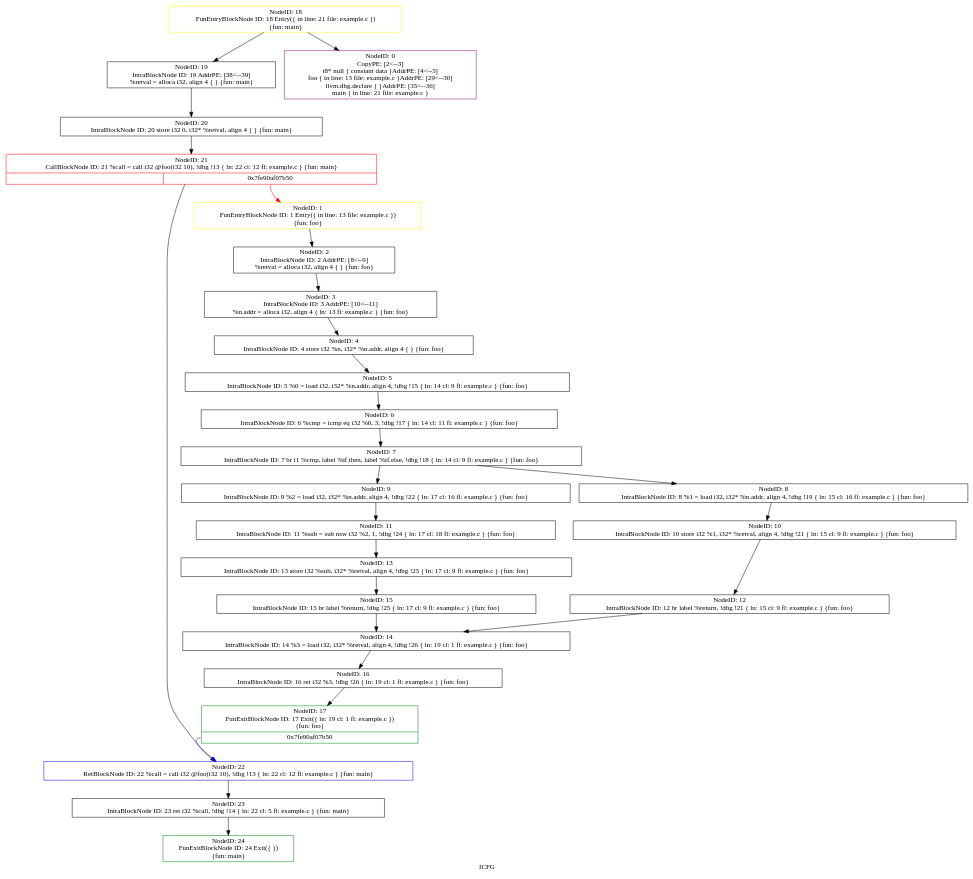
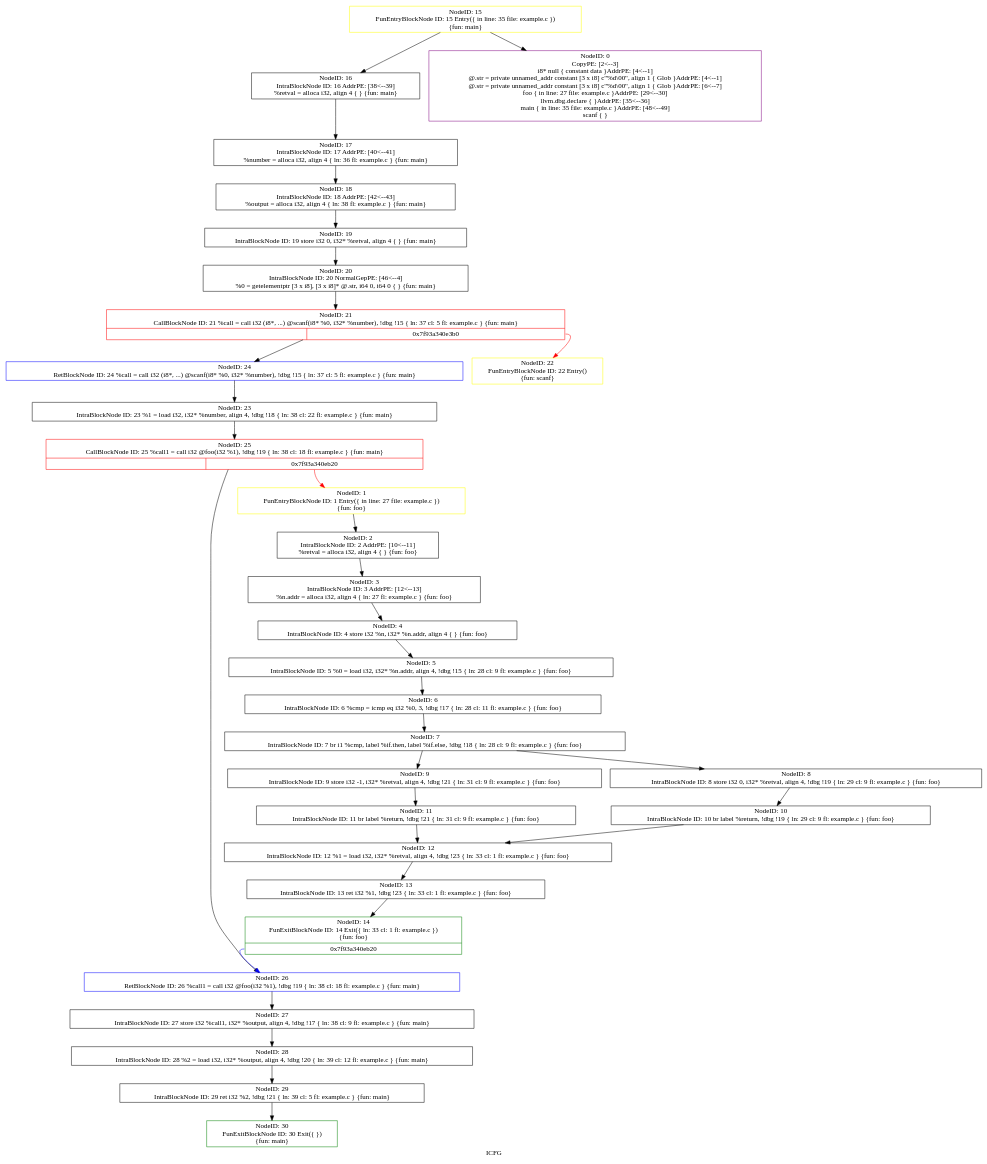
Before and after one commit to triciadang/symbolicexecutionsvf: the diagram in icfg.dot, drawn with Graphviz. The commit also changed 8 other files, not shown here.

Commit message:
constraints in file, i did load, alloca, compare

```diff
--- a/icfg.dot
+++ b/icfg.dot
@@ -1,55 +1,67 @@
 digraph "ICFG" {
 	label="ICFG";
 
-	Node0x7fe90af10fe0 [shape=record,color=green,label="{NodeID: 24\nFunExitBlockNode ID: 24 Exit(\{  \})\n \{fun: main\}}"];
-	Node0x7fe90af120e0 [shape=record,color=black,label="{NodeID: 23\nIntraBlockNode ID: 23      ret i32 %call, !dbg !14 \{ ln: 22  cl: 5  fl: example.c \}    \{fun: main\}}"];
-	Node0x7fe90af120e0 -> Node0x7fe90af10fe0[style=solid];
-	Node0x7fe90af11ef0 [shape=record,color=blue,label="{NodeID: 22\nRetBlockNode ID: 22   %call = call i32 @foo(i32 10), !dbg !13 \{ ln: 22  cl: 12  fl: example.c \} \{fun: main\}}"];
-	Node0x7fe90af11ef0 -> Node0x7fe90af120e0[style=solid];
-	Node0x7fe90af11db0 [shape=record,color=red,label="{NodeID: 21\nCallBlockNode ID: 21   %call = call i32 @foo(i32 10), !dbg !13 \{ ln: 22  cl: 12  fl: example.c \} \{fun: main\}|{|<s1>0x7fe90af07b50}}"];
-	Node0x7fe90af11db0 -> Node0x7fe90af11ef0[style=solid];
-	Node0x7fe90af11db0:s1 -> Node0x7fe90af04e30[style=solid,color=red];
-	Node0x7fe90af11c90 [shape=record,color=black,label="{NodeID: 20\nIntraBlockNode ID: 20      store i32 0, i32* %retval, align 4 \{  \}    \{fun: main\}}"];
-	Node0x7fe90af11c90 -> Node0x7fe90af11db0[style=solid];
-	Node0x7fe90af11620 [shape=record,color=black,label="{NodeID: 19\nIntraBlockNode ID: 19   AddrPE: [38\<--39]  \n   %retval = alloca i32, align 4 \{  \} \{fun: main\}}"];
-	Node0x7fe90af11620 -> Node0x7fe90af11c90[style=solid];
-	Node0x7fe90af11b60 [shape=record,color=yellow,label="{NodeID: 18\nFunEntryBlockNode ID: 18 Entry(\{ in line: 21 file: example.c \})\n \{fun: main\}}"];
-	Node0x7fe90af11b60 -> Node0x7fe90af04d40[style=solid];
-	Node0x7fe90af11b60 -> Node0x7fe90af11620[style=solid];
-	Node0x7fe90af11a00 [shape=record,color=green,label="{NodeID: 17\nFunExitBlockNode ID: 17 Exit(\{ ln: 19  cl: 1  fl: example.c \})\n \{fun: foo\}|{<s0>0x7fe90af07b50}}"];
-	Node0x7fe90af11a00:s0 -> Node0x7fe90af11ef0[style=solid,color=blue];
-	Node0x7fe90af11830 [shape=record,color=black,label="{NodeID: 16\nIntraBlockNode ID: 16      ret i32 %3, !dbg !26 \{ ln: 19  cl: 1  fl: example.c \}    \{fun: foo\}}"];
-	Node0x7fe90af11830 -> Node0x7fe90af11a00[style=solid];
-	Node0x7fe90af116b0 [shape=record,color=black,label="{NodeID: 15\nIntraBlockNode ID: 15      br label %return, !dbg !25 \{ ln: 17  cl: 9  fl: example.c \}    \{fun: foo\}}"];
-	Node0x7fe90af116b0 -> Node0x7fe90af114d0[style=solid];
-	Node0x7fe90af114d0 [shape=record,color=black,label="{NodeID: 14\nIntraBlockNode ID: 14      %3 = load i32, i32* %retval, align 4, !dbg !26 \{ ln: 19  cl: 1  fl: example.c \}    \{fun: foo\}}"];
-	Node0x7fe90af114d0 -> Node0x7fe90af11830[style=solid];
-	Node0x7fe90af11290 [shape=record,color=black,label="{NodeID: 13\nIntraBlockNode ID: 13      store i32 %sub, i32* %retval, align 4, !dbg !25 \{ ln: 17  cl: 9  fl: example.c \}    \{fun: foo\}}"];
-	Node0x7fe90af11290 -> Node0x7fe90af116b0[style=solid];
-	Node0x7fe90af11170 [shape=record,color=black,label="{NodeID: 12\nIntraBlockNode ID: 12      br label %return, !dbg !21 \{ ln: 15  cl: 9  fl: example.c \}    \{fun: foo\}}"];
-	Node0x7fe90af11170 -> Node0x7fe90af114d0[style=solid];
-	Node0x7fe90af10f50 [shape=record,color=black,label="{NodeID: 11\nIntraBlockNode ID: 11      %sub = sub nsw i32 %2, 1, !dbg !24 \{ ln: 17  cl: 18  fl: example.c \}    \{fun: foo\}}"];
-	Node0x7fe90af10f50 -> Node0x7fe90af11290[style=solid];
-	Node0x7fe90af10e30 [shape=record,color=black,label="{NodeID: 10\nIntraBlockNode ID: 10      store i32 %1, i32* %retval, align 4, !dbg !21 \{ ln: 15  cl: 9  fl: example.c \}    \{fun: foo\}}"];
-	Node0x7fe90af10e30 -> Node0x7fe90af11170[style=solid];
-	Node0x7fe90af10d10 [shape=record,color=black,label="{NodeID: 9\nIntraBlockNode ID: 9      %2 = load i32, i32* %n.addr, align 4, !dbg !22 \{ ln: 17  cl: 16  fl: example.c \}    \{fun: foo\}}"];
-	Node0x7fe90af10d10 -> Node0x7fe90af10f50[style=solid];
-	Node0x7fe90af10c20 [shape=record,color=black,label="{NodeID: 8\nIntraBlockNode ID: 8      %1 = load i32, i32* %n.addr, align 4, !dbg !19 \{ ln: 15  cl: 16  fl: example.c \}    \{fun: foo\}}"];
-	Node0x7fe90af10c20 -> Node0x7fe90af10e30[style=solid];
-	Node0x7fe90af10a70 [shape=record,color=black,label="{NodeID: 7\nIntraBlockNode ID: 7      br i1 %cmp, label %if.then, label %if.else, !dbg !18 \{ ln: 14  cl: 9  fl: example.c \}    \{fun: foo\}}"];
-	Node0x7fe90af10a70 -> Node0x7fe90af10c20[style=solid];
-	Node0x7fe90af10a70 -> Node0x7fe90af10d10[style=solid];
-	Node0x7fe90af10950 [shape=record,color=black,label="{NodeID: 6\nIntraBlockNode ID: 6      %cmp = icmp eq i32 %0, 3, !dbg !17 \{ ln: 14  cl: 11  fl: example.c \}    \{fun: foo\}}"];
-	Node0x7fe90af10950 -> Node0x7fe90af10a70[style=solid];
-	Node0x7fe90af10800 [shape=record,color=black,label="{NodeID: 5\nIntraBlockNode ID: 5      %0 = load i32, i32* %n.addr, align 4, !dbg !15 \{ ln: 14  cl: 9  fl: example.c \}    \{fun: foo\}}"];
-	Node0x7fe90af10800 -> Node0x7fe90af10950[style=solid];
-	Node0x7fe90af10680 [shape=record,color=black,label="{NodeID: 4\nIntraBlockNode ID: 4      store i32 %n, i32* %n.addr, align 4 \{  \}    \{fun: foo\}}"];
-	Node0x7fe90af10680 -> Node0x7fe90af10800[style=solid];
-	Node0x7fe90af10560 [shape=record,color=black,label="{NodeID: 3\nIntraBlockNode ID: 3   AddrPE: [10\<--11]  \n   %n.addr = alloca i32, align 4 \{ ln: 13 fl: example.c \} \{fun: foo\}}"];
-	Node0x7fe90af10560 -> Node0x7fe90af10680[style=solid];
-	Node0x7fe90af10440 [shape=record,color=black,label="{NodeID: 2\nIntraBlockNode ID: 2   AddrPE: [8\<--9]  \n   %retval = alloca i32, align 4 \{  \} \{fun: foo\}}"];
-	Node0x7fe90af10440 -> Node0x7fe90af10560[style=solid];
-	Node0x7fe90af04e30 [shape=record,color=yellow,label="{NodeID: 1\nFunEntryBlockNode ID: 1 Entry(\{ in line: 13 file: example.c \})\n \{fun: foo\}}"];
-	Node0x7fe90af04e30 -> Node0x7fe90af10440[style=solid];
-	Node0x7fe90af04d40 [shape=record,color=purple,label="{NodeID: 0\nCopyPE: [2\<--3]  \n i8* null \{ constant data \}AddrPE: [4\<--5]  \n foo \{ in line: 13 file: example.c \}AddrPE: [29\<--30]  \n llvm.dbg.declare \{  \}AddrPE: [35\<--36]  \n main \{ in line: 21 file: example.c \}}"];
+	Node0x7f93a341a850 [shape=record,color=green,label="{NodeID: 30\nFunExitBlockNode ID: 30 Exit(\{  \})\n \{fun: main\}}"];
+	Node0x7f93a341a6d0 [shape=record,color=black,label="{NodeID: 29\nIntraBlockNode ID: 29      ret i32 %2, !dbg !21 \{ ln: 39  cl: 5  fl: example.c \}    \{fun: main\}}"];
+	Node0x7f93a341a6d0 -> Node0x7f93a341a850[style=solid];
+	Node0x7f93a341a550 [shape=record,color=black,label="{NodeID: 28\nIntraBlockNode ID: 28      %2 = load i32, i32* %output, align 4, !dbg !20 \{ ln: 39  cl: 12  fl: example.c \}    \{fun: main\}}"];
+	Node0x7f93a341a550 -> Node0x7f93a341a6d0[style=solid];
+	Node0x7f93a341a340 [shape=record,color=black,label="{NodeID: 27\nIntraBlockNode ID: 27      store i32 %call1, i32* %output, align 4, !dbg !17 \{ ln: 38  cl: 9  fl: example.c \}    \{fun: main\}}"];
+	Node0x7f93a341a340 -> Node0x7f93a341a550[style=solid];
+	Node0x7f93a341a120 [shape=record,color=blue,label="{NodeID: 26\nRetBlockNode ID: 26   %call1 = call i32 @foo(i32 %1), !dbg !19 \{ ln: 38  cl: 18  fl: example.c \} \{fun: main\}}"];
+	Node0x7f93a341a120 -> Node0x7f93a341a340[style=solid];
+	Node0x7f93a3418a90 [shape=record,color=red,label="{NodeID: 25\nCallBlockNode ID: 25   %call1 = call i32 @foo(i32 %1), !dbg !19 \{ ln: 38  cl: 18  fl: example.c \} \{fun: main\}|{|<s1>0x7f93a340eb20}}"];
+	Node0x7f93a3418a90 -> Node0x7f93a341a120[style=solid];
+	Node0x7f93a3418a90:s1 -> Node0x7f93a340b4c0[style=solid,color=red];
+	Node0x7f93a3419e30 [shape=record,color=blue,label="{NodeID: 24\nRetBlockNode ID: 24   %call = call i32 (i8*, ...) @scanf(i8* %0, i32* %number), !dbg !15 \{ ln: 37  cl: 5  fl: example.c \} \{fun: main\}}"];
+	Node0x7f93a3419e30 -> Node0x7f93a3419c00[style=solid];
+	Node0x7f93a3419c00 [shape=record,color=black,label="{NodeID: 23\nIntraBlockNode ID: 23      %1 = load i32, i32* %number, align 4, !dbg !18 \{ ln: 38  cl: 22  fl: example.c \}    \{fun: main\}}"];
+	Node0x7f93a3419c00 -> Node0x7f93a3418a90[style=solid];
+	Node0x7f93a3419930 [shape=record,color=yellow,label="{NodeID: 22\nFunEntryBlockNode ID: 22 Entry()\n \{fun: scanf\}}"];
+	Node0x7f93a3419840 [shape=record,color=red,label="{NodeID: 21\nCallBlockNode ID: 21   %call = call i32 (i8*, ...) @scanf(i8* %0, i32* %number), !dbg !15 \{ ln: 37  cl: 5  fl: example.c \} \{fun: main\}|{|<s1>0x7f93a340e3b0}}"];
+	Node0x7f93a3419840 -> Node0x7f93a3419e30[style=solid];
+	Node0x7f93a3419840:s1 -> Node0x7f93a3419930[style=solid,color=red];
+	Node0x7f93a34196c0 [shape=record,color=black,label="{NodeID: 20\nIntraBlockNode ID: 20   NormalGepPE: [46\<--4]  \n   %0 = getelementptr [3 x i8], [3 x i8]* @.str, i64 0, i64 0 \{  \} \{fun: main\}}"];
+	Node0x7f93a34196c0 -> Node0x7f93a3419840[style=solid];
+	Node0x7f93a3419540 [shape=record,color=black,label="{NodeID: 19\nIntraBlockNode ID: 19      store i32 0, i32* %retval, align 4 \{  \}    \{fun: main\}}"];
+	Node0x7f93a3419540 -> Node0x7f93a34196c0[style=solid];
+	Node0x7f93a34193d0 [shape=record,color=black,label="{NodeID: 18\nIntraBlockNode ID: 18   AddrPE: [42\<--43]  \n   %output = alloca i32, align 4 \{ ln: 38 fl: example.c \} \{fun: main\}}"];
+	Node0x7f93a34193d0 -> Node0x7f93a3419540[style=solid];
+	Node0x7f93a34192b0 [shape=record,color=black,label="{NodeID: 17\nIntraBlockNode ID: 17   AddrPE: [40\<--41]  \n   %number = alloca i32, align 4 \{ ln: 36 fl: example.c \} \{fun: main\}}"];
+	Node0x7f93a34192b0 -> Node0x7f93a34193d0[style=solid];
+	Node0x7f93a34191f0 [shape=record,color=black,label="{NodeID: 16\nIntraBlockNode ID: 16   AddrPE: [38\<--39]  \n   %retval = alloca i32, align 4 \{  \} \{fun: main\}}"];
+	Node0x7f93a34191f0 -> Node0x7f93a34192b0[style=solid];
+	Node0x7f93a3418ff0 [shape=record,color=yellow,label="{NodeID: 15\nFunEntryBlockNode ID: 15 Entry(\{ in line: 35 file: example.c \})\n \{fun: main\}}"];
+	Node0x7f93a3418ff0 -> Node0x7f93a340b3d0[style=solid];
+	Node0x7f93a3418ff0 -> Node0x7f93a34191f0[style=solid];
+	Node0x7f93a34190d0 [shape=record,color=green,label="{NodeID: 14\nFunExitBlockNode ID: 14 Exit(\{ ln: 33  cl: 1  fl: example.c \})\n \{fun: foo\}|{<s0>0x7f93a340eb20}}"];
+	Node0x7f93a34190d0:s0 -> Node0x7f93a341a120[style=solid,color=blue];
+	Node0x7f93a3418dd0 [shape=record,color=black,label="{NodeID: 13\nIntraBlockNode ID: 13      ret i32 %1, !dbg !23 \{ ln: 33  cl: 1  fl: example.c \}    \{fun: foo\}}"];
+	Node0x7f93a3418dd0 -> Node0x7f93a34190d0[style=solid];
+	Node0x7f93a3418c20 [shape=record,color=black,label="{NodeID: 12\nIntraBlockNode ID: 12      %1 = load i32, i32* %retval, align 4, !dbg !23 \{ ln: 33  cl: 1  fl: example.c \}    \{fun: foo\}}"];
+	Node0x7f93a3418c20 -> Node0x7f93a3418dd0[style=solid];
+	Node0x7f93a3418a00 [shape=record,color=black,label="{NodeID: 11\nIntraBlockNode ID: 11      br label %return, !dbg !21 \{ ln: 31  cl: 9  fl: example.c \}    \{fun: foo\}}"];
+	Node0x7f93a3418a00 -> Node0x7f93a3418c20[style=solid];
+	Node0x7f93a34188e0 [shape=record,color=black,label="{NodeID: 10\nIntraBlockNode ID: 10      br label %return, !dbg !19 \{ ln: 29  cl: 9  fl: example.c \}    \{fun: foo\}}"];
+	Node0x7f93a34188e0 -> Node0x7f93a3418c20[style=solid];
+	Node0x7f93a34187c0 [shape=record,color=black,label="{NodeID: 9\nIntraBlockNode ID: 9      store i32 -1, i32* %retval, align 4, !dbg !21 \{ ln: 31  cl: 9  fl: example.c \}    \{fun: foo\}}"];
+	Node0x7f93a34187c0 -> Node0x7f93a3418a00[style=solid];
+	Node0x7f93a34186d0 [shape=record,color=black,label="{NodeID: 8\nIntraBlockNode ID: 8      store i32 0, i32* %retval, align 4, !dbg !19 \{ ln: 29  cl: 9  fl: example.c \}    \{fun: foo\}}"];
+	Node0x7f93a34186d0 -> Node0x7f93a34188e0[style=solid];
+	Node0x7f93a3418520 [shape=record,color=black,label="{NodeID: 7\nIntraBlockNode ID: 7      br i1 %cmp, label %if.then, label %if.else, !dbg !18 \{ ln: 28  cl: 9  fl: example.c \}    \{fun: foo\}}"];
+	Node0x7f93a3418520 -> Node0x7f93a34186d0[style=solid];
+	Node0x7f93a3418520 -> Node0x7f93a34187c0[style=solid];
+	Node0x7f93a3418400 [shape=record,color=black,label="{NodeID: 6\nIntraBlockNode ID: 6      %cmp = icmp eq i32 %0, 3, !dbg !17 \{ ln: 28  cl: 11  fl: example.c \}    \{fun: foo\}}"];
+	Node0x7f93a3418400 -> Node0x7f93a3418520[style=solid];
+	Node0x7f93a34182b0 [shape=record,color=black,label="{NodeID: 5\nIntraBlockNode ID: 5      %0 = load i32, i32* %n.addr, align 4, !dbg !15 \{ ln: 28  cl: 9  fl: example.c \}    \{fun: foo\}}"];
+	Node0x7f93a34182b0 -> Node0x7f93a3418400[style=solid];
+	Node0x7f93a3418130 [shape=record,color=black,label="{NodeID: 4\nIntraBlockNode ID: 4      store i32 %n, i32* %n.addr, align 4 \{  \}    \{fun: foo\}}"];
+	Node0x7f93a3418130 -> Node0x7f93a34182b0[style=solid];
+	Node0x7f93a3418010 [shape=record,color=black,label="{NodeID: 3\nIntraBlockNode ID: 3   AddrPE: [12\<--13]  \n   %n.addr = alloca i32, align 4 \{ ln: 27 fl: example.c \} \{fun: foo\}}"];
+	Node0x7f93a3418010 -> Node0x7f93a3418130[style=solid];
+	Node0x7f93a3417ef0 [shape=record,color=black,label="{NodeID: 2\nIntraBlockNode ID: 2   AddrPE: [10\<--11]  \n   %retval = alloca i32, align 4 \{  \} \{fun: foo\}}"];
+	Node0x7f93a3417ef0 -> Node0x7f93a3418010[style=solid];
+	Node0x7f93a340b4c0 [shape=record,color=yellow,label="{NodeID: 1\nFunEntryBlockNode ID: 1 Entry(\{ in line: 27 file: example.c \})\n \{fun: foo\}}"];
+	Node0x7f93a340b4c0 -> Node0x7f93a3417ef0[style=solid];
+	Node0x7f93a340b3d0 [shape=record,color=purple,label="{NodeID: 0\nCopyPE: [2\<--3]  \n i8* null \{ constant data \}AddrPE: [4\<--1]  \n @.str = private unnamed_addr constant [3 x i8] c\"%d\\00\", align 1 \{ Glob  \}AddrPE: [4\<--1]  \n @.str = private unnamed_addr constant [3 x i8] c\"%d\\00\", align 1 \{ Glob  \}AddrPE: [6\<--7]  \n foo \{ in line: 27 file: example.c \}AddrPE: [29\<--30]  \n llvm.dbg.declare \{  \}AddrPE: [35\<--36]  \n main \{ in line: 35 file: example.c \}AddrPE: [48\<--49]  \n scanf \{  \}}"];
 }
```
